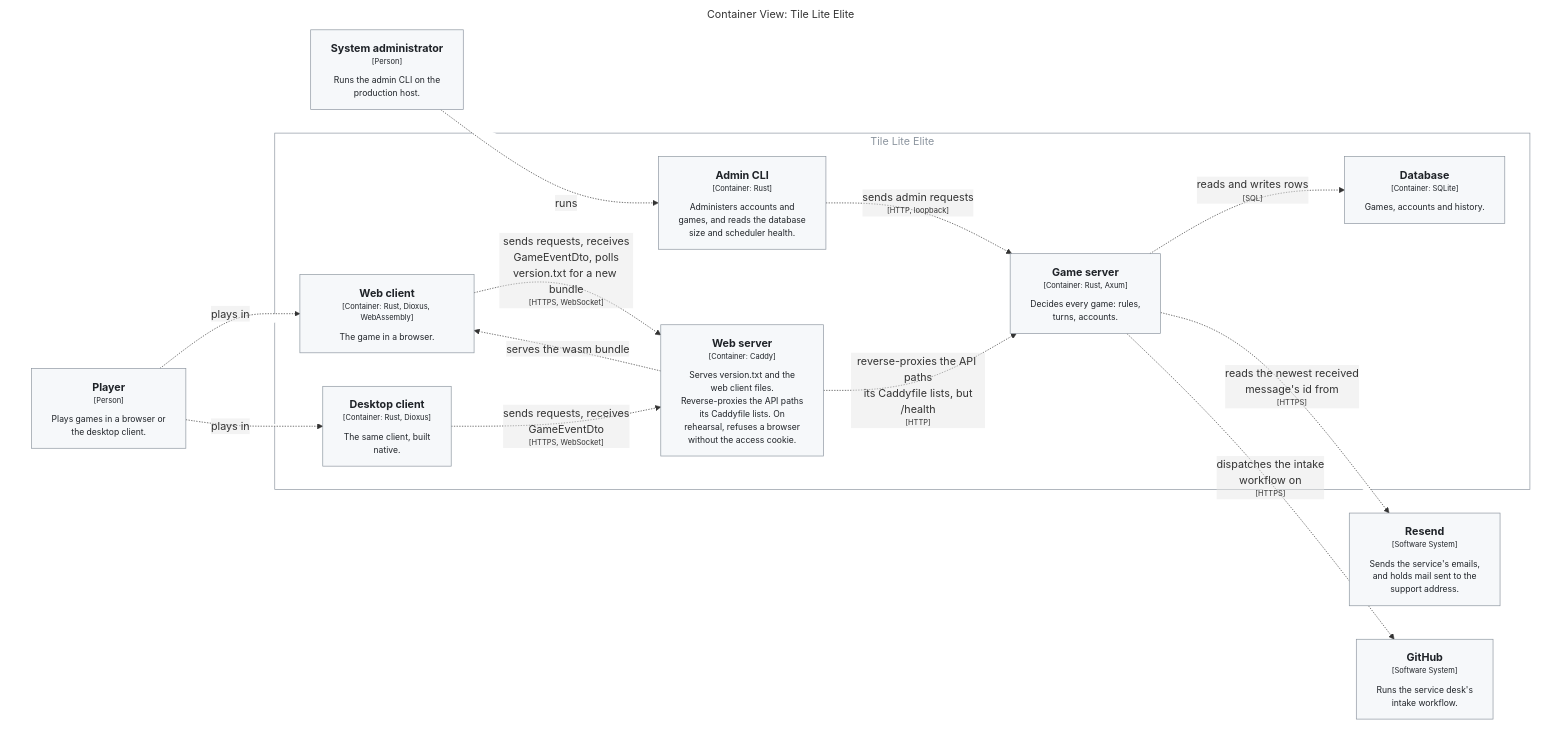
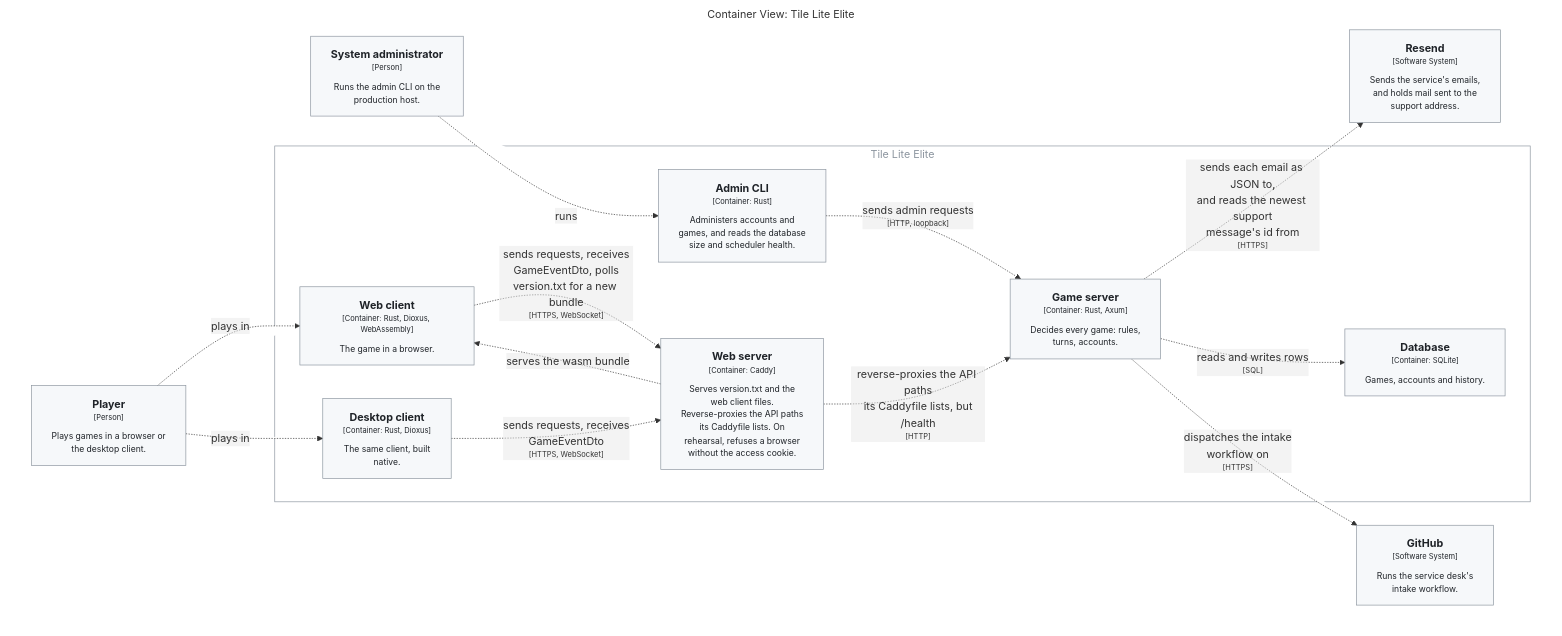
Before and after one commit to delphside/tile-lite-elite: the first of 5 diagrams in docs/4.2.0-design-map.md, drawn with Mermaid. The commit also changed other lines of this file and 1 other file, not shown here.

Commit message:
app 0.9.2 api 2.16: Design map, the server's own edge to Resend
Structurizr keeps the first implied edge between two containers, so the
support-mail read had replaced the email send in the Container view. An
explicit server-to-Resend edge names both.

Refs #441

Claude-Session: https://claude.ai/code/session_019ozRQv9Y2fBEFbYRFMibBh

````diff
--- a/docs/4.2.0-design-map.md
+++ b/docs/4.2.0-design-map.md
@@ -15,47 +15,47 @@
 ```mermaid
 graph TB
   linkStyle default fill:#ffffff
 
   subgraph diagram ["Container View: Tile Lite Elite"]
     style diagram fill:#ffffff,stroke:#ffffff
 
     1["<div style='font-weight: bold'>Player</div><div style='font-size: 70%; margin-top: 0px'>[Person]</div><div style='font-size: 80%; margin-top:10px'>Plays games in a browser or<br />the desktop client.</div>"]
     style 1 fill:#f6f8fa,stroke:#8c959f,color:#1f2328
     2["<div style='font-weight: bold'>System administrator</div><div style='font-size: 70%; margin-top: 0px'>[Person]</div><div style='font-size: 80%; margin-top:10px'>Runs the admin CLI on the<br />production host.</div>"]
     style 2 fill:#f6f8fa,stroke:#8c959f,color:#1f2328
     3["<div style='font-weight: bold'>Resend</div><div style='font-size: 70%; margin-top: 0px'>[Software System]</div><div style='font-size: 80%; margin-top:10px'>Sends the service's emails,<br />and holds mail sent to the<br />support address.</div>"]
     style 3 fill:#f6f8fa,stroke:#8c959f,color:#1f2328
     4["<div style='font-weight: bold'>GitHub</div><div style='font-size: 70%; margin-top: 0px'>[Software System]</div><div style='font-size: 80%; margin-top:10px'>Runs the service desk's<br />intake workflow.</div>"]
     style 4 fill:#f6f8fa,stroke:#8c959f,color:#1f2328
 
     subgraph 5 ["Tile Lite Elite"]
       style 5 fill:#ffffff,stroke:#8c959f,color:#8c959f
 
       10["<div style='font-weight: bold'>Game server</div><div style='font-size: 70%; margin-top: 0px'>[Container: Rust, Axum]</div><div style='font-size: 80%; margin-top:10px'>Decides every game: rules,<br />turns, accounts.</div>"]
       style 10 fill:#f6f8fa,stroke:#8c959f,color:#1f2328
       29["<div style='font-weight: bold'>Database</div><div style='font-size: 70%; margin-top: 0px'>[Container: SQLite]</div><div style='font-size: 80%; margin-top:10px'>Games, accounts and history.</div>"]
       style 29 fill:#f6f8fa,stroke:#8c959f,color:#1f2328
       6["<div style='font-weight: bold'>Web client</div><div style='font-size: 70%; margin-top: 0px'>[Container: Rust, Dioxus, WebAssembly]</div><div style='font-size: 80%; margin-top:10px'>The game in a browser.</div>"]
       style 6 fill:#f6f8fa,stroke:#8c959f,color:#1f2328
       7["<div style='font-weight: bold'>Desktop client</div><div style='font-size: 70%; margin-top: 0px'>[Container: Rust, Dioxus]</div><div style='font-size: 80%; margin-top:10px'>The same client, built<br />native.</div>"]
       style 7 fill:#f6f8fa,stroke:#8c959f,color:#1f2328
       8["<div style='font-weight: bold'>Web server</div><div style='font-size: 70%; margin-top: 0px'>[Container: Caddy]</div><div style='font-size: 80%; margin-top:10px'>Serves version.txt and the<br />web client files.<br />Reverse-proxies the API paths<br />its Caddyfile lists. On<br />rehearsal, refuses a browser<br />without the access cookie.</div>"]
       style 8 fill:#f6f8fa,stroke:#8c959f,color:#1f2328
       9["<div style='font-weight: bold'>Admin CLI</div><div style='font-size: 70%; margin-top: 0px'>[Container: Rust]</div><div style='font-size: 80%; margin-top:10px'>Administers accounts and<br />games, and reads the database<br />size and scheduler health.</div>"]
       style 9 fill:#f6f8fa,stroke:#8c959f,color:#1f2328
     end
 
     1-. "<div>plays in</div><div style='font-size: 70%'></div>" .->6
     1-. "<div>plays in</div><div style='font-size: 70%'></div>" .->7
     2-. "<div>runs</div><div style='font-size: 70%'></div>" .->9
     8-. "<div>serves the wasm bundle</div><div style='font-size: 70%'></div>" .->6
     6-. "<div>sends requests, receives<br />GameEventDto, polls<br />version.txt for a new bundle</div><div style='font-size: 70%'>[HTTPS, WebSocket]</div>" .->8
     7-. "<div>sends requests, receives<br />GameEventDto</div><div style='font-size: 70%'>[HTTPS, WebSocket]</div>" .->8
     8-. "<div>reverse-proxies the API paths<br />its Caddyfile lists, but<br />/health</div><div style='font-size: 70%'>[HTTP]</div>" .->10
     9-. "<div>sends admin requests</div><div style='font-size: 70%'>[HTTP, loopback]</div>" .->10
+    10-. "<div>sends each email as JSON to,<br />and reads the newest support<br />message's id from</div><div style='font-size: 70%'>[HTTPS]</div>" .->3
     10-. "<div>reads and writes rows</div><div style='font-size: 70%'>[SQL]</div>" .->29
-    10-. "<div>reads the newest received<br />message's id from</div><div style='font-size: 70%'>[HTTPS]</div>" .->3
     10-. "<div>dispatches the intake<br />workflow on</div><div style='font-size: 70%'>[HTTPS]</div>" .->4
 
   end
 ```
````
